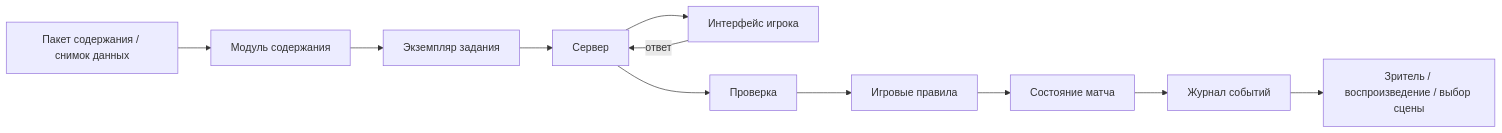
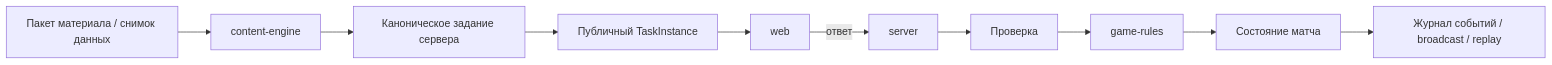
Before and after one commit to f2re/synopsis_game: the diagram in docs/architecture/README.md, drawn with Mermaid. The commit also changed other lines of this file, not shown here.

````diff
--- a/docs/architecture/README.md
+++ b/docs/architecture/README.md
@@ -119,13 +107,12 @@
 ```mermaid
 flowchart LR
-    A[Пакет содержания / снимок данных] --> B[Модуль содержания]
-    B --> C[Экземпляр задания]
-    C --> D[Сервер]
-    D --> E[Интерфейс игрока]
-    E -->|ответ| D
-    D --> F[Проверка]
-    F --> G[Игровые правила]
-    G --> H[Состояние матча]
-    H --> I[Журнал событий]
-    I --> J[Зритель / воспроизведение / выбор сцены]
+    A[Пакет материала / снимок данных] --> B[content-engine]
+    B --> C[Каноническое задание сервера]
+    C --> D[Публичный TaskInstance]
+    D --> E[web]
+    E -->|ответ| F[server]
+    F --> G[Проверка]
+    G --> H[game-rules]
+    H --> I[Состояние матча]
+    I --> J[Журнал событий / broadcast / replay]
 ```
````
